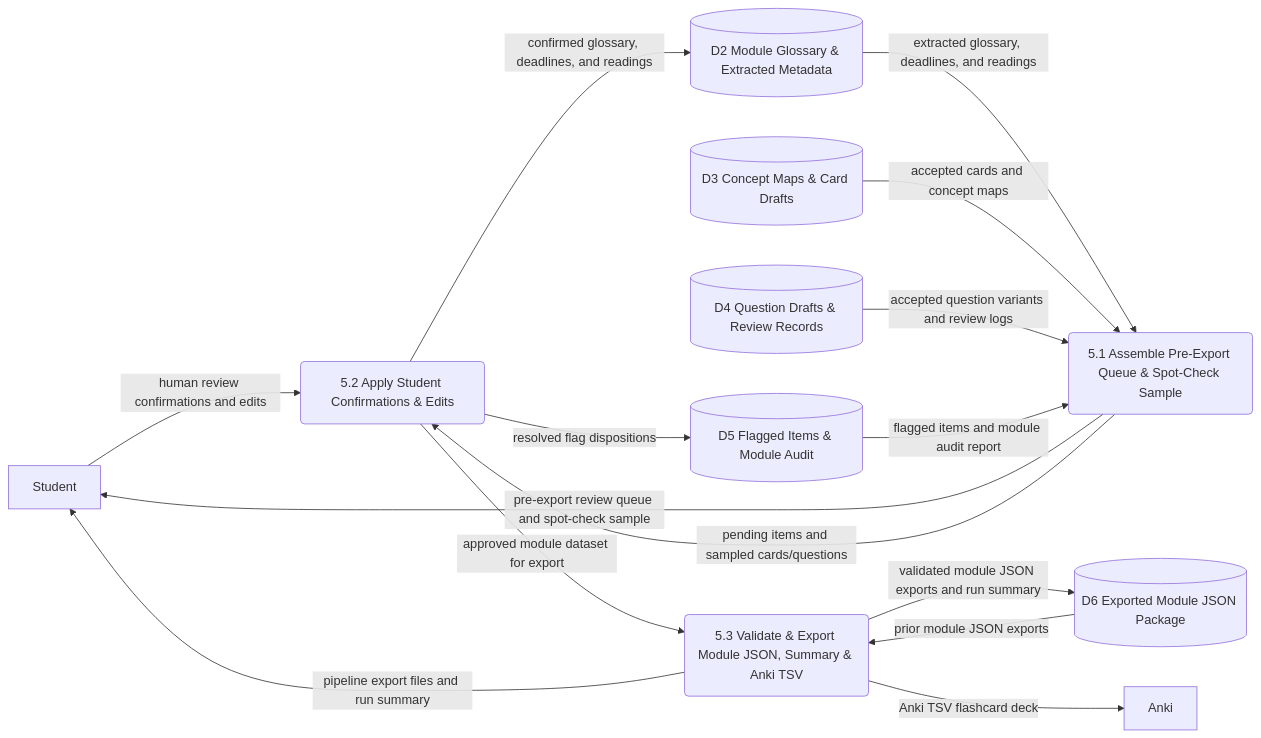
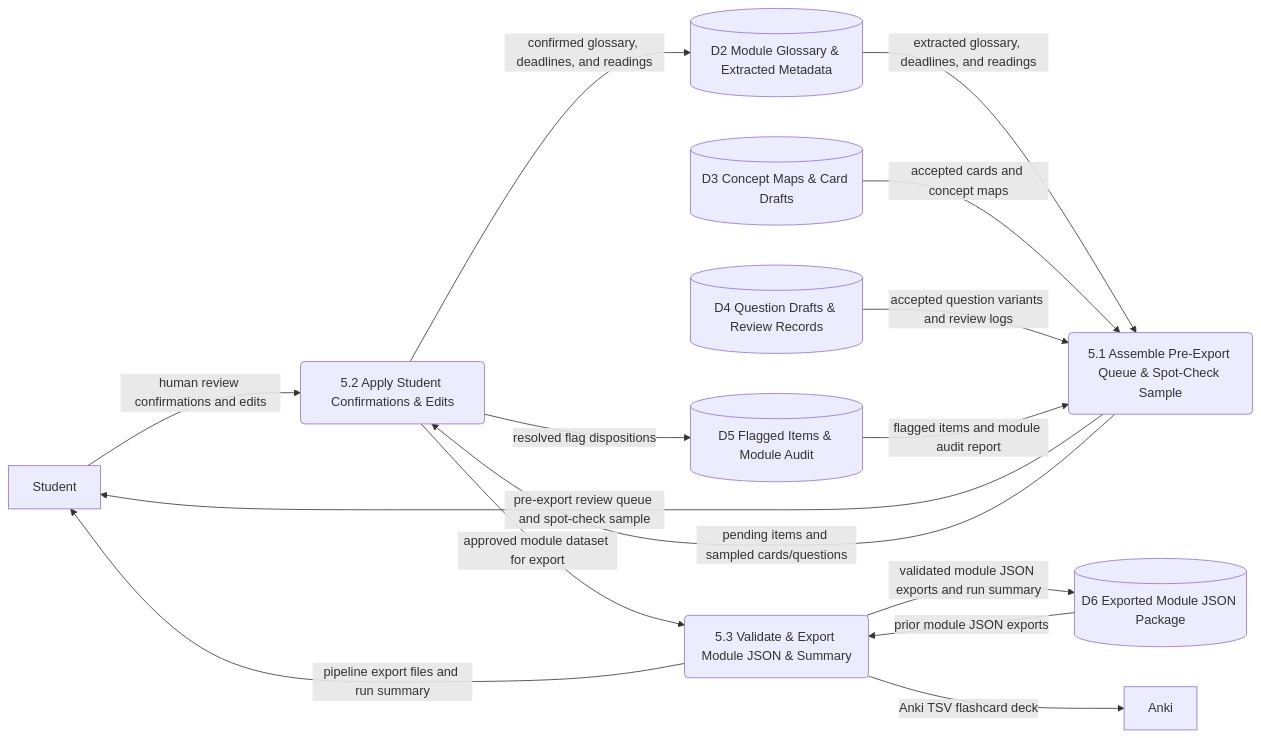
The sixth of 7 diagrams in workbook/02-analysis/dfd.md (thomasclarkpersonal-sketch/StudyApp), drawn with Mermaid before and after one commit. The commit also changed other lines of this file and 17 other files, not shown here.

````diff
--- a/workbook/02-analysis/dfd.md
+++ b/workbook/02-analysis/dfd.md
@@ -262,32 +262,32 @@
 ```mermaid
 flowchart LR
   E1[Student]
   E6[Anki]
   D2[(D2 Module Glossary & Extracted Metadata)]
   D3[(D3 Concept Maps & Card Drafts)]
   D4[(D4 Question Drafts & Review Records)]
   D5[(D5 Flagged Items & Module Audit)]
   D6[(D6 Exported Module JSON Package)]
 
   P5_1("5.1 Assemble Pre-Export Queue & Spot-Check Sample")
   P5_2("5.2 Apply Student Confirmations & Edits")
-  P5_3("5.3 Validate & Export Module JSON, Summary & Anki TSV")
+  P5_3("5.3 Validate & Export Module JSON & Summary")
 
   %% External boundary inputs/outputs matching P5 on Level-0
   D2 -->|extracted glossary, deadlines, and readings| P5_1
   D3 -->|accepted cards and concept maps| P5_1
   D4 -->|accepted question variants and review logs| P5_1
   D5 -->|flagged items and module audit report| P5_1
   D6 -->|prior module JSON exports| P5_3
   P5_1 -->|pre-export review queue and spot-check sample| E1
   E1 -->|human review confirmations and edits| P5_2
   P5_2 -->|confirmed glossary, deadlines, and readings| D2
   P5_2 -->|resolved flag dispositions| D5
   P5_3 -->|validated module JSON exports and run summary| D6
   P5_3 -->|pipeline export files and run summary| E1
   P5_3 -->|Anki TSV flashcard deck| E6
 
   %% Internal flows within P5
   P5_1 -->|pending items and sampled cards/questions| P5_2
   P5_2 -->|approved module dataset for export| P5_3
 ```
````
